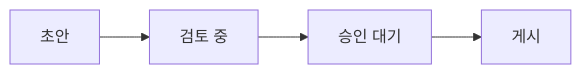
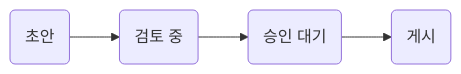
One commit to yoonkiwoong/plex-paper changed the diagram in ELEMENTS.md. Above: the diagram before and after it, drawn with Mermaid. The commit also changed other lines of this file and 4 other files, not shown here.

First line of the commit message:
docs: the diagram example uses rounded boxes

````diff
--- a/ELEMENTS.md
+++ b/ELEMENTS.md
@@ -246,4 +246,4 @@
 ```mermaid
 flowchart LR
-    A["초안"] --> B["검토 중"] --> C["승인 대기"] --> D["게시"]
+    A("초안") --> B("검토 중") --> C("승인 대기") --> D("게시")
 ```
````
